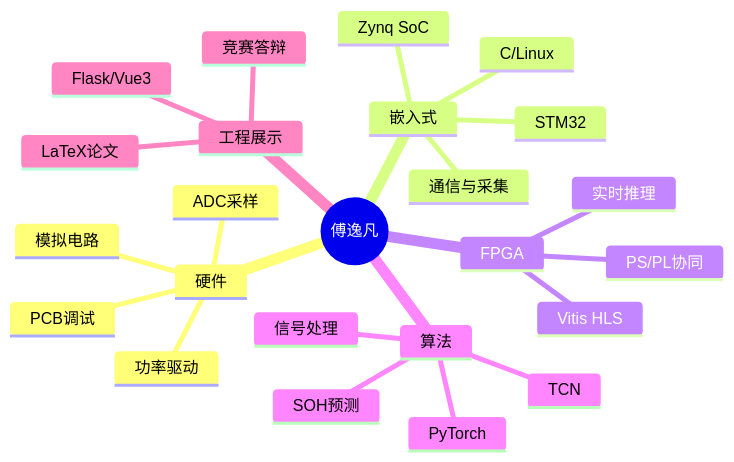
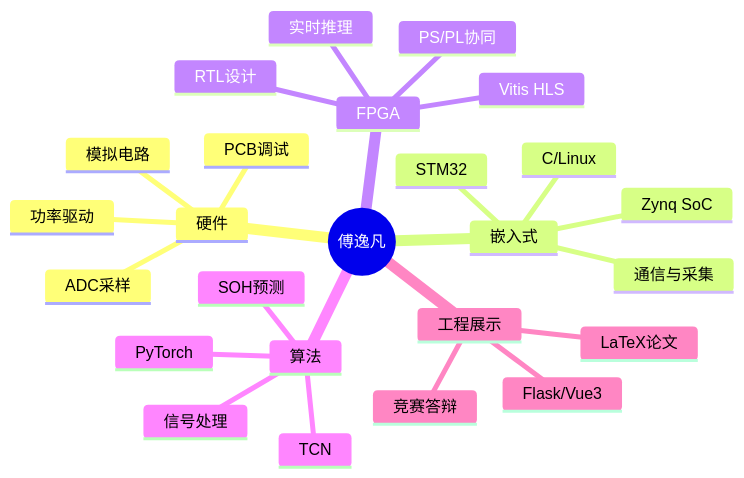
The first of 3 diagrams in PERSONAL/面试自我介绍.md (fu1fan/obsidian-vault), drawn with Mermaid before and after one commit. The commit also changed other lines of this file and 1 other file, not shown here.

````diff
--- a/PERSONAL/面试自我介绍.md
+++ b/PERSONAL/面试自我介绍.md
@@ -50,27 +46,28 @@
 ```mermaid
 mindmap
   root((傅逸凡))
     硬件
       模拟电路
       ADC采样
       功率驱动
       PCB调试
     嵌入式
       STM32
       Zynq SoC
       C/Linux
       通信与采集
     FPGA
       Vitis HLS
+      RTL设计
       PS/PL协同
       实时推理
     算法
       PyTorch
       TCN
       信号处理
       SOH预测
     工程展示
       Flask/Vue3
       LaTeX论文
       竞赛答辩
 ```
````
